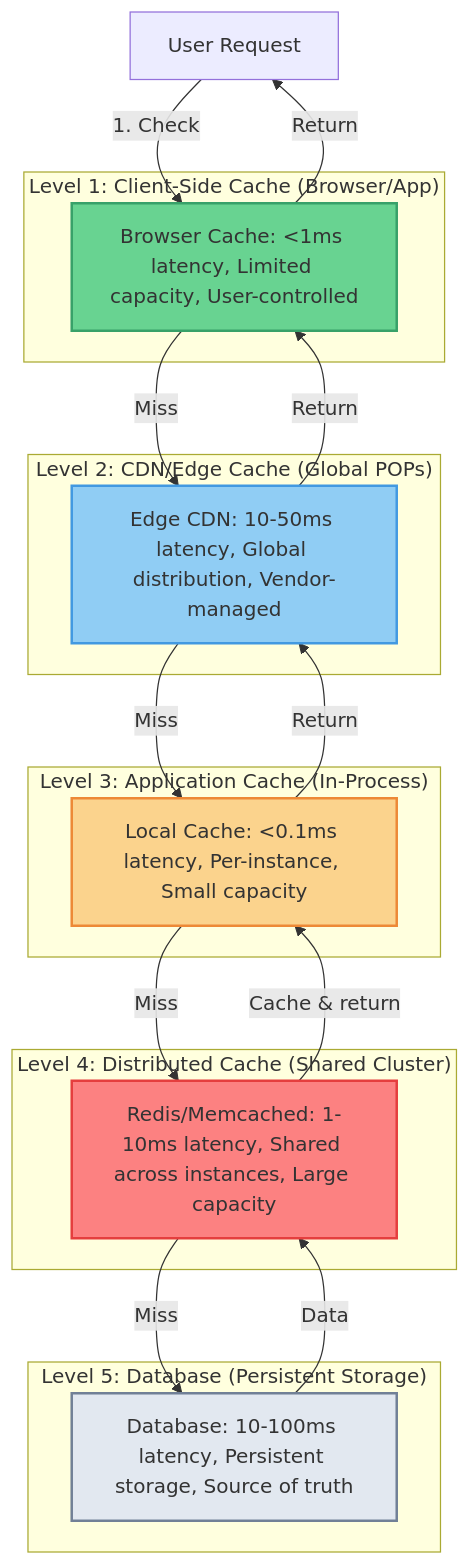
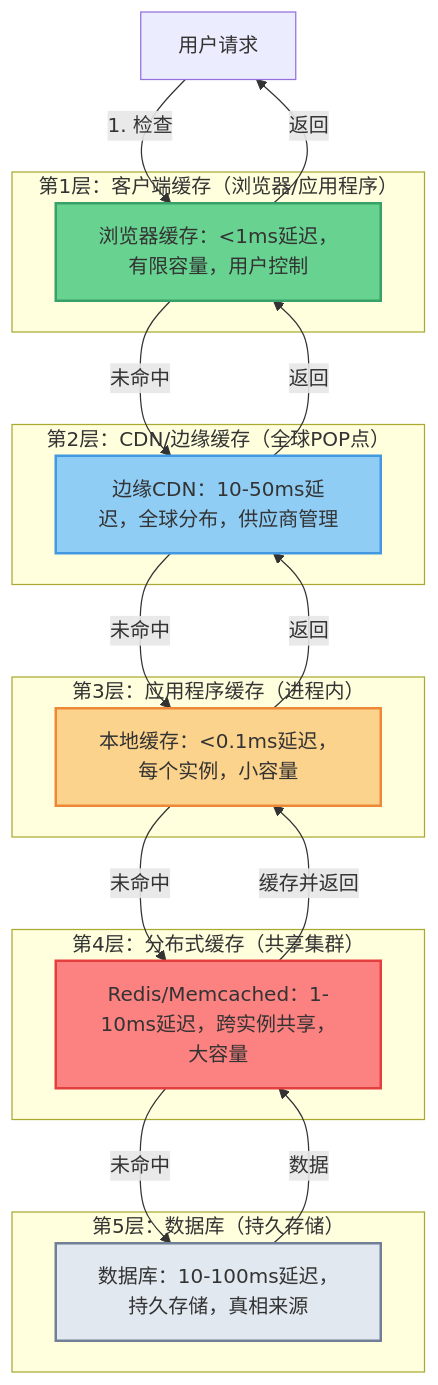
Before and after one commit to YiWang24/AiDIY: the first of 3 diagrams in i18n/zh-Hans/docusaurus-plugin-content-docs/current/cs/system-design/caching-layer.mdx, drawn with Mermaid. The commit also changed other lines of this file and 26 other files, not shown here.

````diff
--- a/i18n/zh-Hans/docusaurus-plugin-content-docs/current/cs/system-design/caching-layer.mdx
+++ b/i18n/zh-Hans/docusaurus-plugin-content-docs/current/cs/system-design/caching-layer.mdx
@@ -58,41 +58,41 @@
 ```mermaid
 graph TB
-    User["User Request"]
+    User["用户请求"]
 
-    subgraph L1["Level 1: Client-Side Cache (Browser/App)"]
-        ClientCache["Browser Cache: <1ms latency, Limited capacity, User-controlled"]
+    subgraph L1["第1层：客户端缓存（浏览器/应用程序）"]
+        ClientCache["浏览器缓存：<1ms延迟，有限容量，用户控制"]
     end
 
-    subgraph L2["Level 2: CDN/Edge Cache (Global POPs)"]
-        Edge["Edge CDN: 10-50ms latency, Global distribution, Vendor-managed"]
+    subgraph L2["第2层：CDN/边缘缓存（全球POP点）"]
+        Edge["边缘CDN：10-50ms延迟，全球分布，供应商管理"]
     end
 
-    subgraph L3["Level 3: Application Cache (In-Process)"]
-        AppCache["Local Cache: <0.1ms latency, Per-instance, Small capacity"]
+    subgraph L3["第3层：应用程序缓存（进程内）"]
+        AppCache["本地缓存：<0.1ms延迟，每个实例，小容量"]
     end
 
-    subgraph L4["Level 4: Distributed Cache (Shared Cluster)"]
-        Redis["Redis/Memcached: 1-10ms latency, Shared across instances, Large capacity"]
+    subgraph L4["第4层：分布式缓存（共享集群）"]
+        Redis["Redis/Memcached：1-10ms延迟，跨实例共享，大容量"]
     end
 
-    subgraph L5["Level 5: Database (Persistent Storage)"]
-        DB["Database: 10-100ms latency, Persistent storage, Source of truth"]
+    subgraph L5["第5层：数据库（持久存储）"]
+        DB["数据库：10-100ms延迟，持久存储，真相来源"]
     end
 
-    User -->|"1. Check"| ClientCache
-    ClientCache -->|"Miss"| Edge
-    Edge -->|"Miss"| AppCache
-    AppCache -->|"Miss"| Redis
-    Redis -->|"Miss"| DB
-    DB -->|"Data"| Redis
-    Redis -->|"Cache & return"| AppCache
-    AppCache -->|"Return"| Edge
-    Edge -->|"Return"| ClientCache
-    ClientCache -->|"Return"| User
+    User -->|"1. 检查"| ClientCache
+    ClientCache -->|"未命中"| Edge
+    Edge -->|"未命中"| AppCache
+    AppCache -->|"未命中"| Redis
+    Redis -->|"未命中"| DB
+    DB -->|"数据"| Redis
+    Redis -->|"缓存并返回"| AppCache
+    AppCache -->|"返回"| Edge
+    Edge -->|"返回"| ClientCache
+    ClientCache -->|"返回"| User
 
     style ClientCache fill:#68d391,stroke:#38a169,stroke-width:2px
     style Edge fill:#90cdf4,stroke:#4299e1,stroke-width:2px
     style AppCache fill:#fbd38d,stroke:#ed8936,stroke-width:2px
     style Redis fill:#fc8181,stroke:#e53e3e,stroke-width:2px
     style DB fill:#e2e8f0,stroke:#718096,stroke-width:2px
 ```
````
